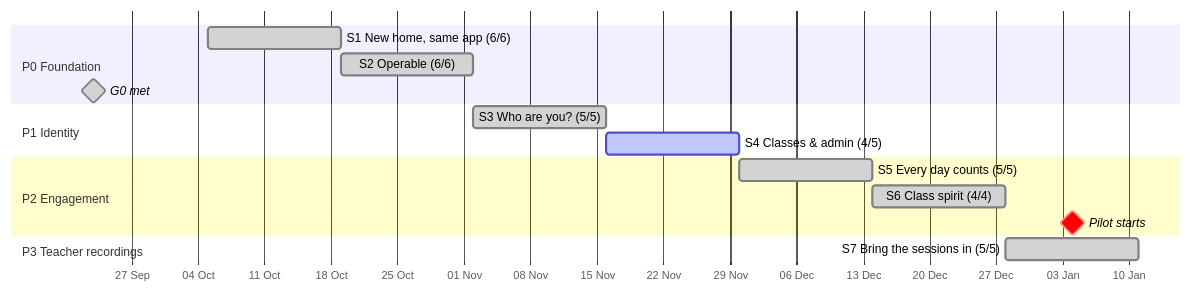
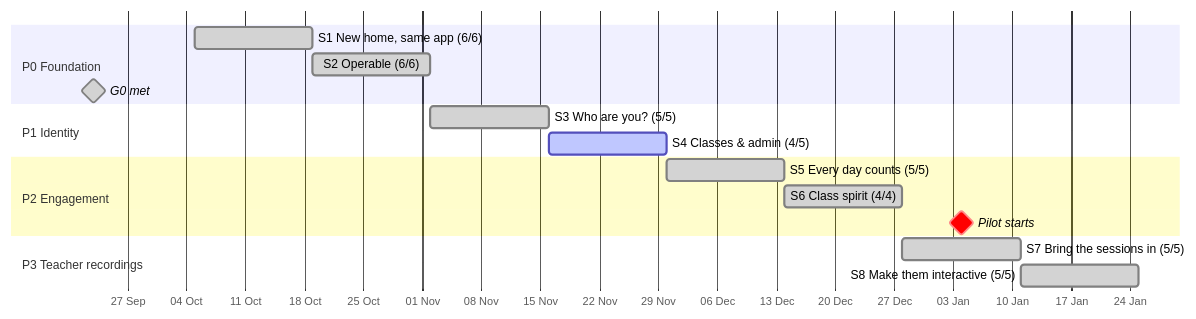
One commit to Sira-Labs/Suffa changed the first of 2 diagrams in docs/plan/sprint-plan.md. Above: the diagram before and after it, drawn with Mermaid. The commit also changed other lines of this file and 20 other files, not shown here.

````diff
--- a/docs/plan/sprint-plan.md
+++ b/docs/plan/sprint-plan.md
@@ -17,19 +17,20 @@
 ```mermaid
 gantt
   dateFormat YYYY-MM-DD
   axisFormat %d %b
   todayMarker on
   section P0 Foundation
   S1 New home, same app (6/6)        :done, s1, 2026-10-05, 14d
   S2 Operable (6/6)                  :done, s2, after s1, 14d
   G0 met                             :milestone, done, g0, 2026-09-23, 0d
   section P1 Identity
   S3 Who are you? (5/5)              :done, s3, after s2, 14d
   S4 Classes & admin (4/5)          :active, s4, after s3, 14d
   section P2 Engagement
   S5 Every day counts (5/5)         :done, s5, after s4, 14d
   S6 Class spirit (4/4)             :done, s6, after s5, 14d
   Pilot starts                       :milestone, crit, pilot, 2027-01-04, 0d
   section P3 Teacher recordings
   S7 Bring the sessions in (5/5)    :done, s7, after s6, 14d
+  S8 Make them interactive (5/5)    :done, s8, after s7, 14d
 ```
````
